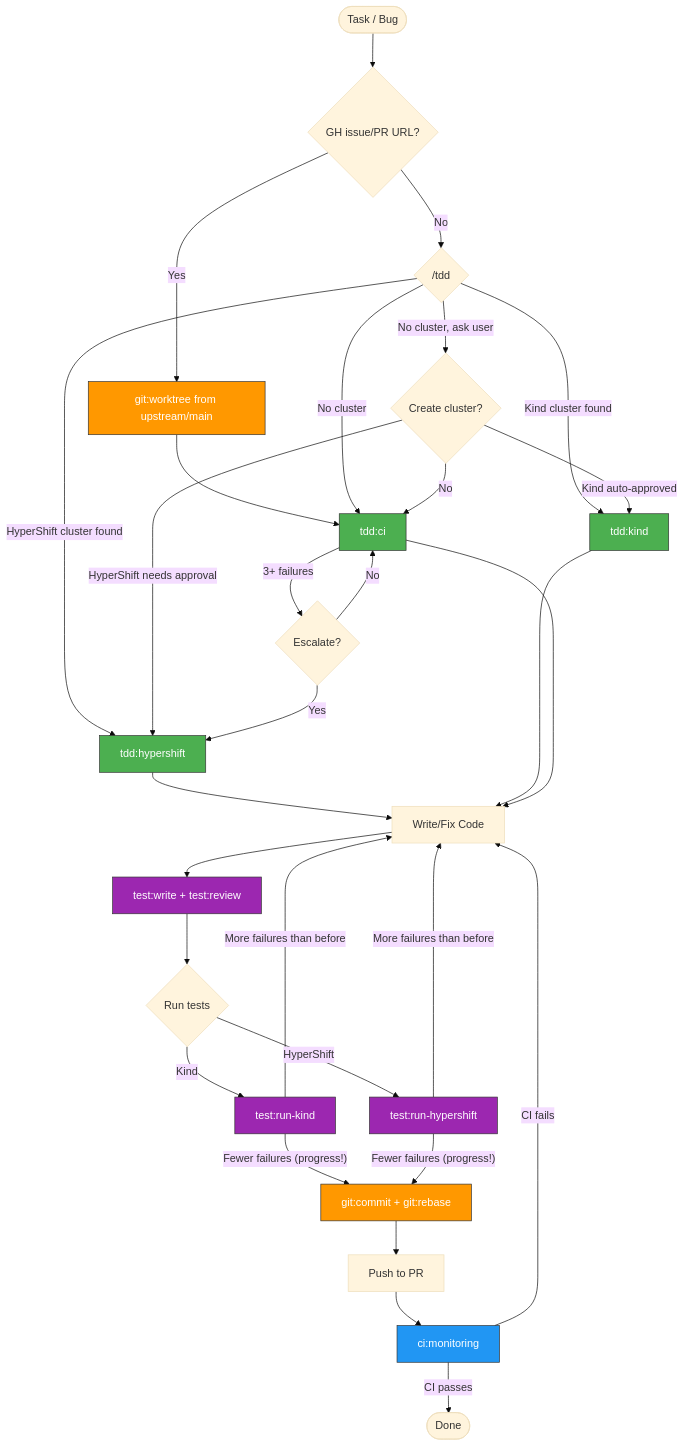
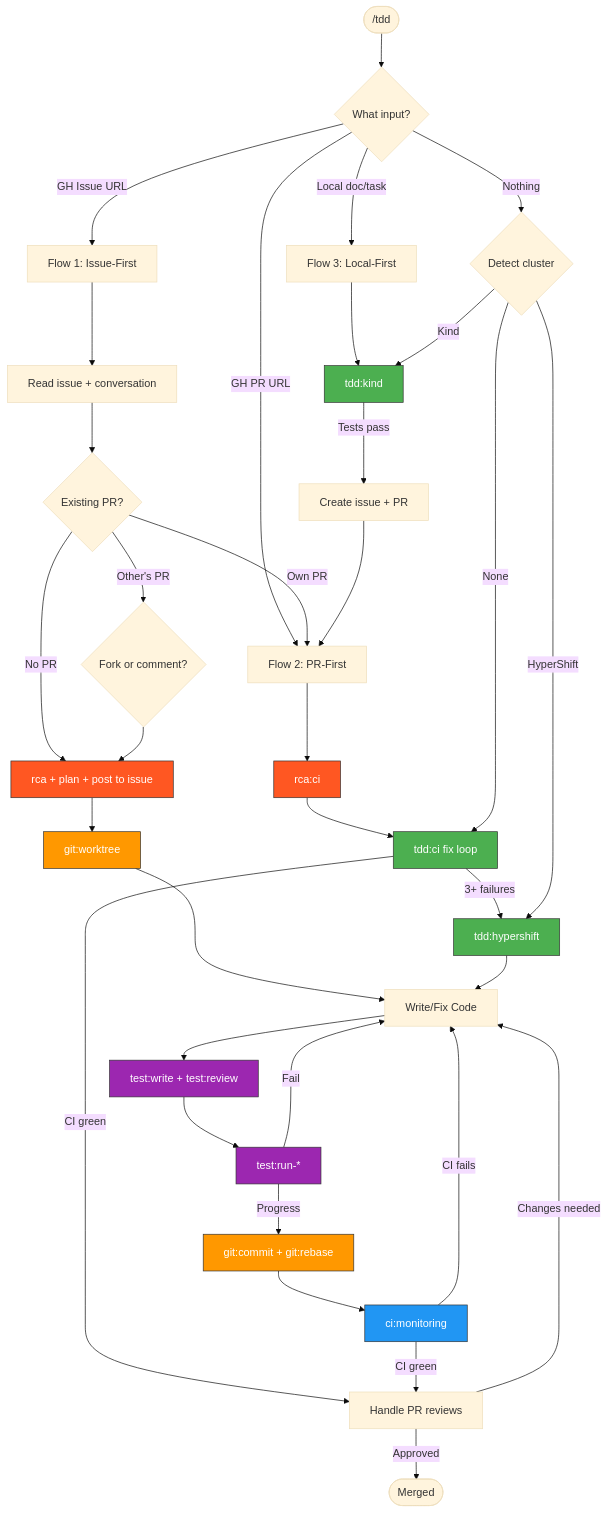
Before and after one commit to pdettori/kagenti: the first of 8 diagrams in .claude/skills/README.md, drawn with Mermaid (base theme). The commit also changed other lines of this file and 1 other file, not shown here.

Commit message:
🌱 Redesign /tdd with 3 entry points: issue, PR, local doc
Flow 1 (GH issue): analyze issue, check for existing PRs,
  research/plan, post findings with mermaid diagrams to issue,
  handle ownership (own PR vs other's PR with cherry-pick)

Flow 2 (GH PR): rca:ci on failures, tdd:ci fix loop,
  handle review comments (auto-fix copilot, plan human feedback,
  self-review), escalate to tdd:hypershift if needed

Flow 3 (local doc): tdd:kind local loop, then create issue+PR
  when tests pass (review doc for local-only paths first)

Update README with new 3-flow mermaid diagram showing all
entry points converging on the TDD code loop.

````diff
--- a/.claude/skills/README.md
+++ b/.claude/skills/README.md
@@ -52,40 +52,47 @@
 ```mermaid
 flowchart TD
-    START([Task / Bug]) --> HASURL{"GH issue/PR URL?"}
-    HASURL -->|Yes| WORKTREE["git:worktree from upstream/main"]:::git
-    WORKTREE --> CI["tdd:ci"]:::tdd
-    HASURL -->|No| TDD{"/tdd"}
-    TDD -->|HyperShift cluster found| HS["tdd:hypershift"]:::tdd
-    TDD -->|Kind cluster found| KIND["tdd:kind"]:::tdd
-    TDD -->|No cluster| CI
-    TDD -->|No cluster, ask user| CREATE{"Create cluster?"}
-    CREATE -->|Kind auto-approved| KIND
-    CREATE -->|HyperShift needs approval| HS
-    CREATE -->|No| CI
+    START(["/tdd"]) --> INPUT{"What input?"}
+    INPUT -->|GH Issue URL| ISSUE[Flow 1: Issue-First]
+    INPUT -->|GH PR URL| PR[Flow 2: PR-First]
+    INPUT -->|Local doc/task| LOCAL[Flow 3: Local-First]
+    INPUT -->|Nothing| DETECT{Detect cluster}
 
-    CI -->|"3+ failures"| ESCALATE{"Escalate?"}
-    ESCALATE -->|Yes| HS
-    ESCALATE -->|No| CI
+    ISSUE --> ANALYZE[Read issue + conversation]
+    ANALYZE --> CHECKPR{"Existing PR?"}
+    CHECKPR -->|Own PR| PR
+    CHECKPR -->|Other's PR| FORK{Fork or comment?}
+    CHECKPR -->|No PR| RESEARCH["rca + plan + post to issue"]:::rca
+    FORK --> RESEARCH
+    RESEARCH --> WORKTREE["git:worktree"]:::git
 
-    HS --> CODE[Write/Fix Code]
-    KIND --> CODE
-    CI --> CODE
+    PR --> RCACI["rca:ci"]:::rca
+    RCACI --> TDDCI["tdd:ci fix loop"]:::tdd
+    TDDCI -->|"3+ failures"| HS["tdd:hypershift"]:::tdd
+    TDDCI -->|CI green| REVIEWS[Handle PR reviews]
 
+    LOCAL --> KIND["tdd:kind"]:::tdd
+    KIND -->|Tests pass| MOVETOPR[Create issue + PR]
+    MOVETOPR --> PR
+
+    DETECT -->|HyperShift| HS
+    DETECT -->|Kind| KIND
+    DETECT -->|None| TDDCI
+
+    WORKTREE --> CODE[Write/Fix Code]
+    HS --> CODE
     CODE --> TESTLOOP["test:write + test:review"]:::test
-    TESTLOOP --> RUN{Run tests}
-    RUN -->|Kind| RUNKIND["test:run-kind"]:::test
-    RUN -->|HyperShift| RUNHS["test:run-hypershift"]:::test
-    RUNKIND -->|More failures than before| CODE
-    RUNHS -->|More failures than before| CODE
-    RUNKIND -->|"Fewer failures (progress!)"| COMMIT["git:commit + git:rebase"]:::git
-    RUNHS -->|"Fewer failures (progress!)"| COMMIT
-    COMMIT --> PUSH[Push to PR]
-    PUSH --> MONITOR["ci:monitoring"]:::ci
-    MONITOR -->|CI passes| DONE([Done])
+    TESTLOOP --> RUN["test:run-*"]:::test
+    RUN -->|Fail| CODE
+    RUN -->|Progress| COMMIT["git:commit + git:rebase"]:::git
+    COMMIT --> MONITOR["ci:monitoring"]:::ci
     MONITOR -->|CI fails| CODE
+    MONITOR -->|CI green| REVIEWS
+    REVIEWS -->|Changes needed| CODE
+    REVIEWS -->|Approved| DONE([Merged])
 
     classDef tdd fill:#4CAF50,stroke:#333,color:white
+    classDef rca fill:#FF5722,stroke:#333,color:white
     classDef test fill:#9C27B0,stroke:#333,color:white
     classDef git fill:#FF9800,stroke:#333,color:white
     classDef ci fill:#2196F3,stroke:#333,color:white
 ```
````
